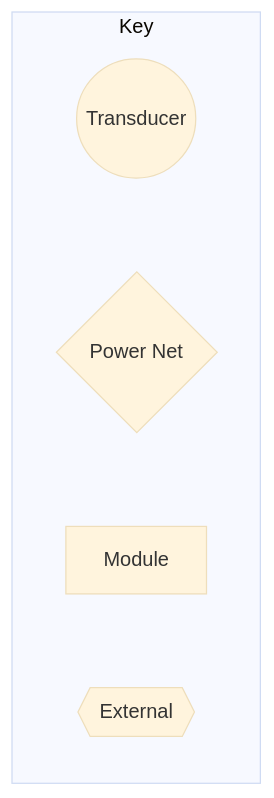
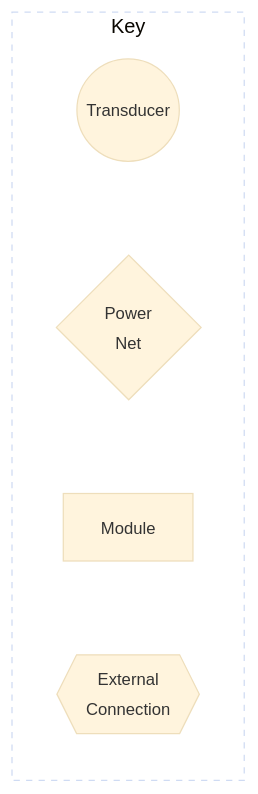
The third of 3 diagrams in README.md (adoble/modular-audio), drawn with Mermaid (base theme) before and after one commit. The commit also changed other lines of this file, not shown here.

Commit message:
Updated diagrams in README

````diff
--- a/README.md
+++ b/README.md
@@ -82,17 +77,13 @@
 ```mermaid
-   graph LR;
+graph LR;
 
-   subgraph Key 
-        transducer((Transducer)) ---  pwr_net{Power Net} --- module[Module] --- ext{{External}};
-   end 
+subgraph key[Key]
+    transducer((<small>Transducer<small>)) ---  pwr_net{<small>Power<br>Net<small>} --- module[<small>Module<small>] --- ext{{<small>External<br>Connection<small>}};
+end
+style key stroke-dasharray: 5 5, fill-opacity: 0;
 
-   %% Render links invisible
-   linkStyle 0 stroke:none
-   linkStyle 1 stroke:none
-   linkStyle 2 stroke:none
-   
-   
-
-
-
+%% Render links invisible
+linkStyle 0 stroke:none
+linkStyle 1 stroke:none
+linkStyle 2 stroke:none
 ```
````
